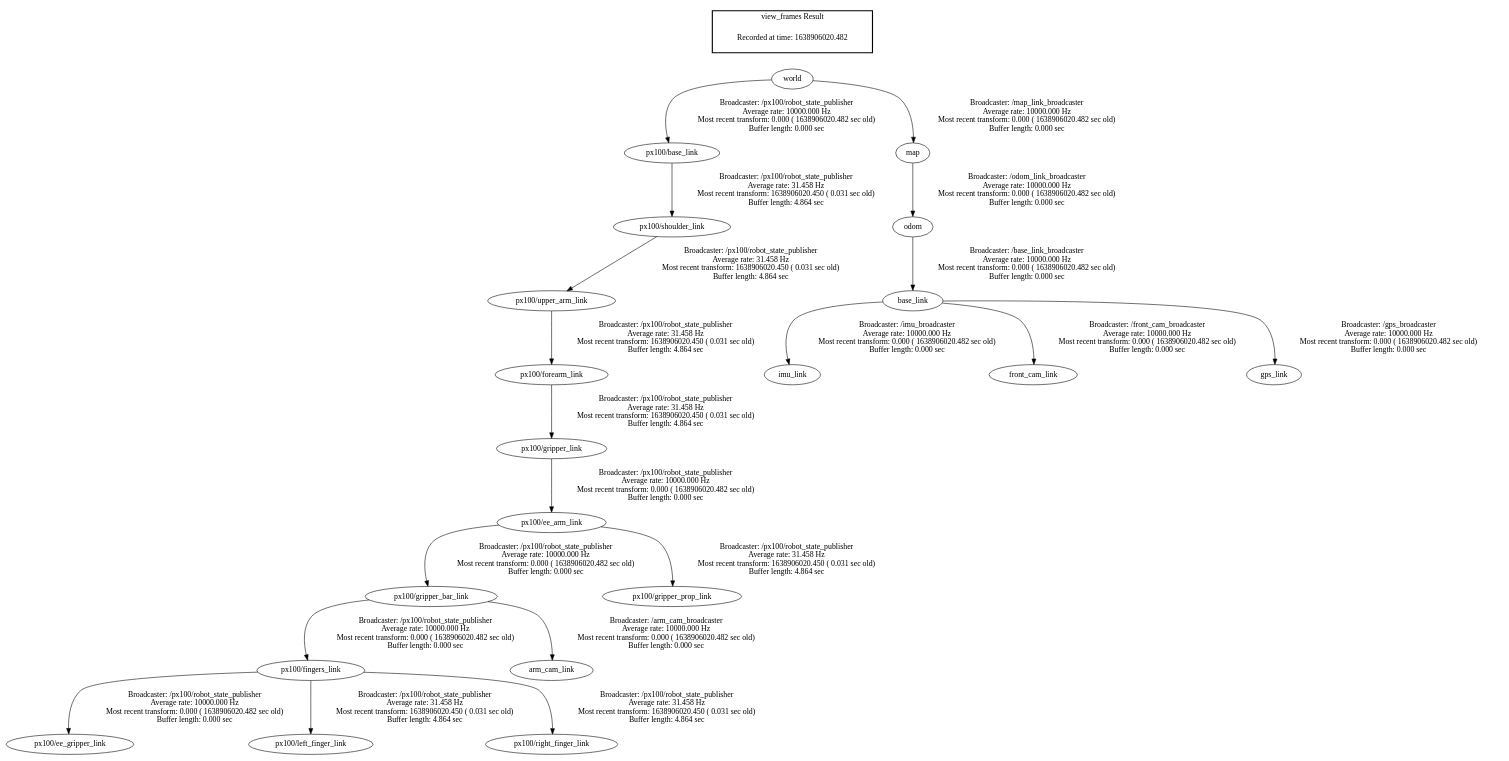
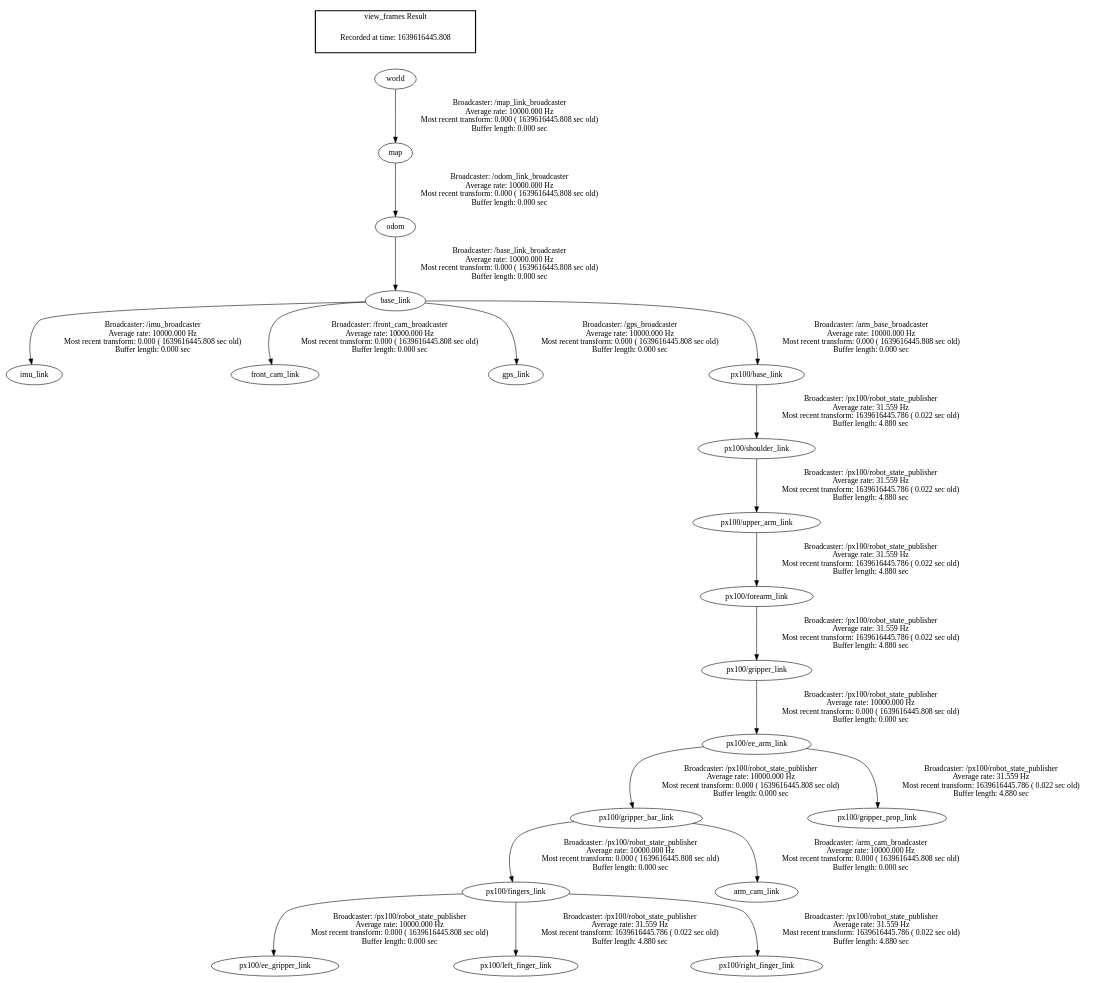
One commit to REC4N/ros_robot changed the diagram in frames.gv. Above: the diagram before and after it, drawn with Graphviz. The commit also changed 12 other files, not shown here.

```diff
--- a/frames.gv
+++ b/frames.gv
@@ -1,25 +1,25 @@
 digraph G {
-"world" -> "px100/base_link"[label="Broadcaster: /px100/robot_state_publisher\nAverage rate: 10000.000 Hz\nMost recent transform: 0.000 ( 1638906020.482 sec old)\nBuffer length: 0.000 sec\n"];
-"odom" -> "base_link"[label="Broadcaster: /base_link_broadcaster\nAverage rate: 10000.000 Hz\nMost recent transform: 0.000 ( 1638906020.482 sec old)\nBuffer length: 0.000 sec\n"];
-"base_link" -> "imu_link"[label="Broadcaster: /imu_broadcaster\nAverage rate: 10000.000 Hz\nMost recent transform: 0.000 ( 1638906020.482 sec old)\nBuffer length: 0.000 sec\n"];
-"base_link" -> "front_cam_link"[label="Broadcaster: /front_cam_broadcaster\nAverage rate: 10000.000 Hz\nMost recent transform: 0.000 ( 1638906020.482 sec old)\nBuffer length: 0.000 sec\n"];
-"px100/gripper_link" -> "px100/ee_arm_link"[label="Broadcaster: /px100/robot_state_publisher\nAverage rate: 10000.000 Hz\nMost recent transform: 0.000 ( 1638906020.482 sec old)\nBuffer length: 0.000 sec\n"];
-"px100/forearm_link" -> "px100/gripper_link"[label="Broadcaster: /px100/robot_state_publisher\nAverage rate: 31.458 Hz\nMost recent transform: 1638906020.450 ( 0.031 sec old)\nBuffer length: 4.864 sec\n"];
-"px100/gripper_bar_link" -> "px100/fingers_link"[label="Broadcaster: /px100/robot_state_publisher\nAverage rate: 10000.000 Hz\nMost recent transform: 0.000 ( 1638906020.482 sec old)\nBuffer length: 0.000 sec\n"];
-"px100/ee_arm_link" -> "px100/gripper_bar_link"[label="Broadcaster: /px100/robot_state_publisher\nAverage rate: 10000.000 Hz\nMost recent transform: 0.000 ( 1638906020.482 sec old)\nBuffer length: 0.000 sec\n"];
-"px100/fingers_link" -> "px100/ee_gripper_link"[label="Broadcaster: /px100/robot_state_publisher\nAverage rate: 10000.000 Hz\nMost recent transform: 0.000 ( 1638906020.482 sec old)\nBuffer length: 0.000 sec\n"];
-"px100/gripper_bar_link" -> "arm_cam_link"[label="Broadcaster: /arm_cam_broadcaster\nAverage rate: 10000.000 Hz\nMost recent transform: 0.000 ( 1638906020.482 sec old)\nBuffer length: 0.000 sec\n"];
-"base_link" -> "gps_link"[label="Broadcaster: /gps_broadcaster\nAverage rate: 10000.000 Hz\nMost recent transform: 0.000 ( 1638906020.482 sec old)\nBuffer length: 0.000 sec\n"];
-"world" -> "map"[label="Broadcaster: /map_link_broadcaster\nAverage rate: 10000.000 Hz\nMost recent transform: 0.000 ( 1638906020.482 sec old)\nBuffer length: 0.000 sec\n"];
-"map" -> "odom"[label="Broadcaster: /odom_link_broadcaster\nAverage rate: 10000.000 Hz\nMost recent transform: 0.000 ( 1638906020.482 sec old)\nBuffer length: 0.000 sec\n"];
-"px100/upper_arm_link" -> "px100/forearm_link"[label="Broadcaster: /px100/robot_state_publisher\nAverage rate: 31.458 Hz\nMost recent transform: 1638906020.450 ( 0.031 sec old)\nBuffer length: 4.864 sec\n"];
-"px100/shoulder_link" -> "px100/upper_arm_link"[label="Broadcaster: /px100/robot_state_publisher\nAverage rate: 31.458 Hz\nMost recent transform: 1638906020.450 ( 0.031 sec old)\nBuffer length: 4.864 sec\n"];
-"px100/ee_arm_link" -> "px100/gripper_prop_link"[label="Broadcaster: /px100/robot_state_publisher\nAverage rate: 31.458 Hz\nMost recent transform: 1638906020.450 ( 0.031 sec old)\nBuffer length: 4.864 sec\n"];
-"px100/fingers_link" -> "px100/left_finger_link"[label="Broadcaster: /px100/robot_state_publisher\nAverage rate: 31.458 Hz\nMost recent transform: 1638906020.450 ( 0.031 sec old)\nBuffer length: 4.864 sec\n"];
-"px100/fingers_link" -> "px100/right_finger_link"[label="Broadcaster: /px100/robot_state_publisher\nAverage rate: 31.458 Hz\nMost recent transform: 1638906020.450 ( 0.031 sec old)\nBuffer length: 4.864 sec\n"];
-"px100/base_link" -> "px100/shoulder_link"[label="Broadcaster: /px100/robot_state_publisher\nAverage rate: 31.458 Hz\nMost recent transform: 1638906020.450 ( 0.031 sec old)\nBuffer length: 4.864 sec\n"];
+"px100/gripper_link" -> "px100/ee_arm_link"[label="Broadcaster: /px100/robot_state_publisher\nAverage rate: 10000.000 Hz\nMost recent transform: 0.000 ( 1639616445.808 sec old)\nBuffer length: 0.000 sec\n"];
+"px100/forearm_link" -> "px100/gripper_link"[label="Broadcaster: /px100/robot_state_publisher\nAverage rate: 31.559 Hz\nMost recent transform: 1639616445.786 ( 0.022 sec old)\nBuffer length: 4.880 sec\n"];
+"px100/gripper_bar_link" -> "px100/fingers_link"[label="Broadcaster: /px100/robot_state_publisher\nAverage rate: 10000.000 Hz\nMost recent transform: 0.000 ( 1639616445.808 sec old)\nBuffer length: 0.000 sec\n"];
+"px100/ee_arm_link" -> "px100/gripper_bar_link"[label="Broadcaster: /px100/robot_state_publisher\nAverage rate: 10000.000 Hz\nMost recent transform: 0.000 ( 1639616445.808 sec old)\nBuffer length: 0.000 sec\n"];
+"px100/fingers_link" -> "px100/ee_gripper_link"[label="Broadcaster: /px100/robot_state_publisher\nAverage rate: 10000.000 Hz\nMost recent transform: 0.000 ( 1639616445.808 sec old)\nBuffer length: 0.000 sec\n"];
+"base_link" -> "imu_link"[label="Broadcaster: /imu_broadcaster\nAverage rate: 10000.000 Hz\nMost recent transform: 0.000 ( 1639616445.808 sec old)\nBuffer length: 0.000 sec\n"];
+"odom" -> "base_link"[label="Broadcaster: /base_link_broadcaster\nAverage rate: 10000.000 Hz\nMost recent transform: 0.000 ( 1639616445.808 sec old)\nBuffer length: 0.000 sec\n"];
+"base_link" -> "front_cam_link"[label="Broadcaster: /front_cam_broadcaster\nAverage rate: 10000.000 Hz\nMost recent transform: 0.000 ( 1639616445.808 sec old)\nBuffer length: 0.000 sec\n"];
+"base_link" -> "gps_link"[label="Broadcaster: /gps_broadcaster\nAverage rate: 10000.000 Hz\nMost recent transform: 0.000 ( 1639616445.808 sec old)\nBuffer length: 0.000 sec\n"];
+"base_link" -> "px100/base_link"[label="Broadcaster: /arm_base_broadcaster\nAverage rate: 10000.000 Hz\nMost recent transform: 0.000 ( 1639616445.808 sec old)\nBuffer length: 0.000 sec\n"];
+"map" -> "odom"[label="Broadcaster: /odom_link_broadcaster\nAverage rate: 10000.000 Hz\nMost recent transform: 0.000 ( 1639616445.808 sec old)\nBuffer length: 0.000 sec\n"];
+"world" -> "map"[label="Broadcaster: /map_link_broadcaster\nAverage rate: 10000.000 Hz\nMost recent transform: 0.000 ( 1639616445.808 sec old)\nBuffer length: 0.000 sec\n"];
+"px100/gripper_bar_link" -> "arm_cam_link"[label="Broadcaster: /arm_cam_broadcaster\nAverage rate: 10000.000 Hz\nMost recent transform: 0.000 ( 1639616445.808 sec old)\nBuffer length: 0.000 sec\n"];
+"px100/upper_arm_link" -> "px100/forearm_link"[label="Broadcaster: /px100/robot_state_publisher\nAverage rate: 31.559 Hz\nMost recent transform: 1639616445.786 ( 0.022 sec old)\nBuffer length: 4.880 sec\n"];
+"px100/shoulder_link" -> "px100/upper_arm_link"[label="Broadcaster: /px100/robot_state_publisher\nAverage rate: 31.559 Hz\nMost recent transform: 1639616445.786 ( 0.022 sec old)\nBuffer length: 4.880 sec\n"];
+"px100/ee_arm_link" -> "px100/gripper_prop_link"[label="Broadcaster: /px100/robot_state_publisher\nAverage rate: 31.559 Hz\nMost recent transform: 1639616445.786 ( 0.022 sec old)\nBuffer length: 4.880 sec\n"];
+"px100/fingers_link" -> "px100/left_finger_link"[label="Broadcaster: /px100/robot_state_publisher\nAverage rate: 31.559 Hz\nMost recent transform: 1639616445.786 ( 0.022 sec old)\nBuffer length: 4.880 sec\n"];
+"px100/fingers_link" -> "px100/right_finger_link"[label="Broadcaster: /px100/robot_state_publisher\nAverage rate: 31.559 Hz\nMost recent transform: 1639616445.786 ( 0.022 sec old)\nBuffer length: 4.880 sec\n"];
+"px100/base_link" -> "px100/shoulder_link"[label="Broadcaster: /px100/robot_state_publisher\nAverage rate: 31.559 Hz\nMost recent transform: 1639616445.786 ( 0.022 sec old)\nBuffer length: 4.880 sec\n"];
 edge [style=invis];
  subgraph cluster_legend { style=bold; color=black; label ="view_frames Result";
-"Recorded at time: 1638906020.482"[ shape=plaintext ] ;
+"Recorded at time: 1639616445.808"[ shape=plaintext ] ;
  }->"world";
 }
```
